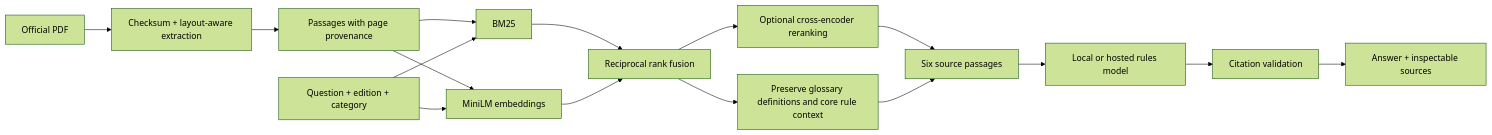
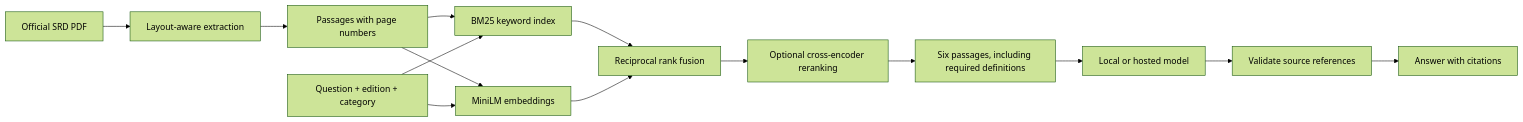
The diagram in README.md (williamcfrancis/rulekeeper), drawn with Mermaid (forest theme) before and after one commit. The commit also changed other lines of this file and 7 other files, not shown here.

````diff
--- a/README.md
+++ b/README.md
@@ -52,18 +31,16 @@
 ```mermaid
 flowchart LR
-  A[Official PDF] --> B[Checksum + layout-aware extraction]
-  B --> C[Passages with page provenance]
-  C --> D[BM25]
+  A[Official SRD PDF] --> B[Layout-aware extraction]
+  B --> C[Passages with page numbers]
+  C --> D[BM25 keyword index]
   C --> E[MiniLM embeddings]
   Q[Question + edition + category] --> D
   Q --> E
   D --> F[Reciprocal rank fusion]
   E --> F
   F --> G[Optional cross-encoder reranking]
-  G --> H[Six source passages]
-  F --> N[Preserve glossary definitions and core rule context]
-  N --> H
-  H --> I[Local or hosted rules model]
-  I --> J[Citation validation]
-  J --> K[Answer + inspectable sources]
+  G --> H[Six passages, including required definitions]
+  H --> I[Local or hosted model]
+  I --> J[Validate source references]
+  J --> K[Answer with citations]
 ```
````
